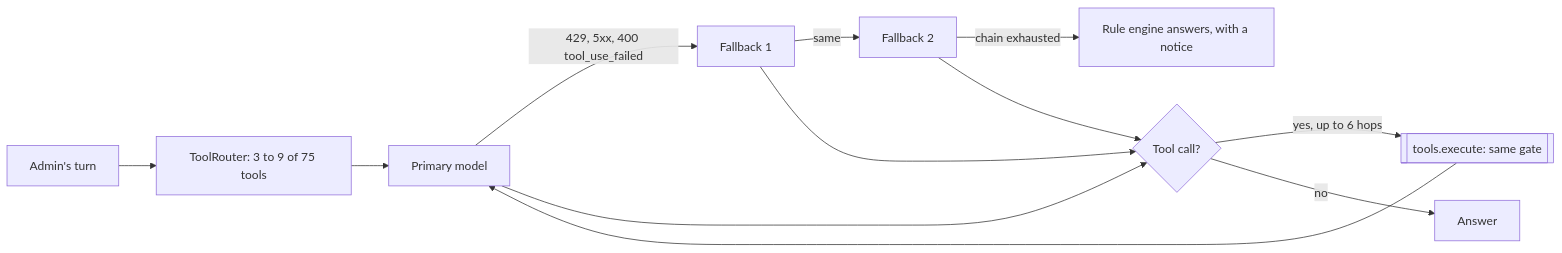
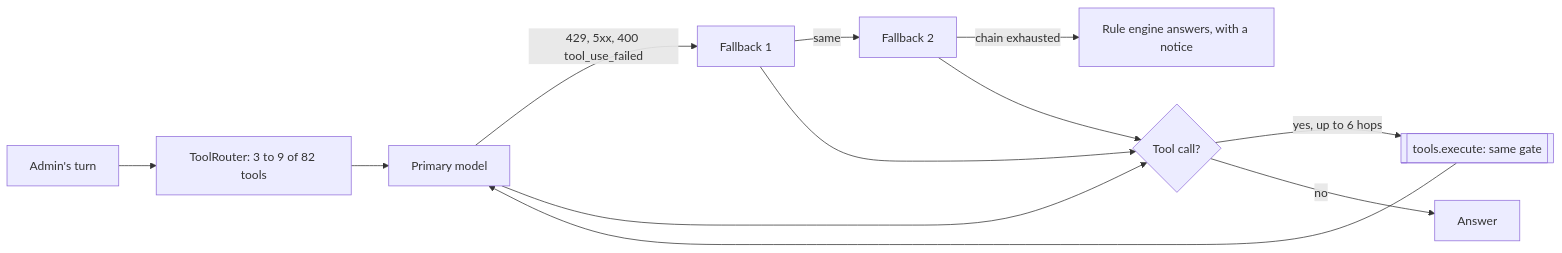
One commit to samprith02/VidyaERP changed the first of 10 diagrams in README.md. Above: the diagram before and after it, drawn with Mermaid. The commit also changed other lines of this file and 25 other files, not shown here.

````diff
--- a/README.md
+++ b/README.md
@@ -184,13 +187,13 @@
 ```mermaid
 flowchart LR
-  Q[Admin's turn] --> TR[ToolRouter: 3 to 9 of 75 tools]
+  Q[Admin's turn] --> TR[ToolRouter: 3 to 9 of 82 tools]
   TR --> P[Primary model]
   P -->|429, 5xx, 400 tool_use_failed| F1[Fallback 1]
   F1 -->|same| F2[Fallback 2]
   F2 -->|chain exhausted| RE[Rule engine answers, with a notice]
   P --> H{Tool call?}
   F1 --> H
   F2 --> H
   H -->|yes, up to 6 hops| X[[tools.execute: same gate]] --> P
   H -->|no| A[Answer]
 ```
````
